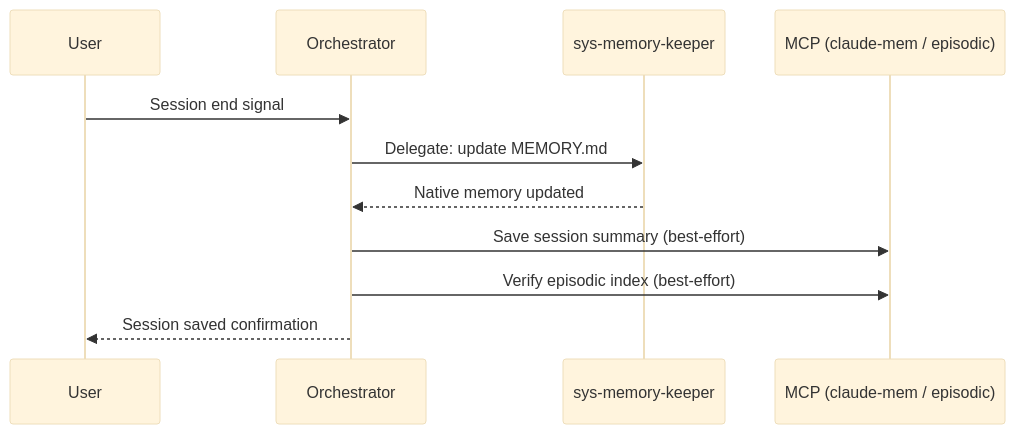
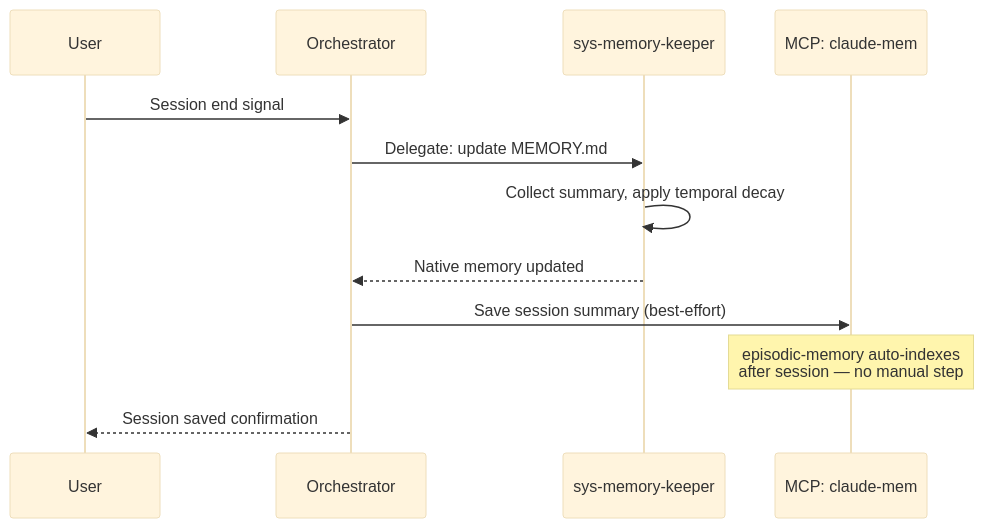
The sixth of 8 diagrams in ARCHITECTURE.md (baekenough/oh-my-customcode), drawn with Mermaid (base theme) before and after one commit. The commit also changed other lines of this file and 5 other files, not shown here.

First line of the commit message:
docs: rewrite README and ARCHITECTURE for v0.36.1

````diff
--- a/ARCHITECTURE.md
+++ b/ARCHITECTURE.md
@@ -299,14 +443,15 @@
 ```mermaid
 sequenceDiagram
     participant U as User
     participant O as Orchestrator
     participant SMK as sys-memory-keeper
-    participant MCP as MCP (claude-mem / episodic)
+    participant MCP as MCP: claude-mem
 
     U->>O: Session end signal
     O->>SMK: Delegate: update MEMORY.md
+    SMK->>SMK: Collect summary, apply temporal decay
     SMK-->>O: Native memory updated
     O->>MCP: Save session summary (best-effort)
-    O->>MCP: Verify episodic index (best-effort)
+    Note over MCP: episodic-memory auto-indexes<br/>after session — no manual step
     O-->>U: Session saved confirmation
 ```
````
